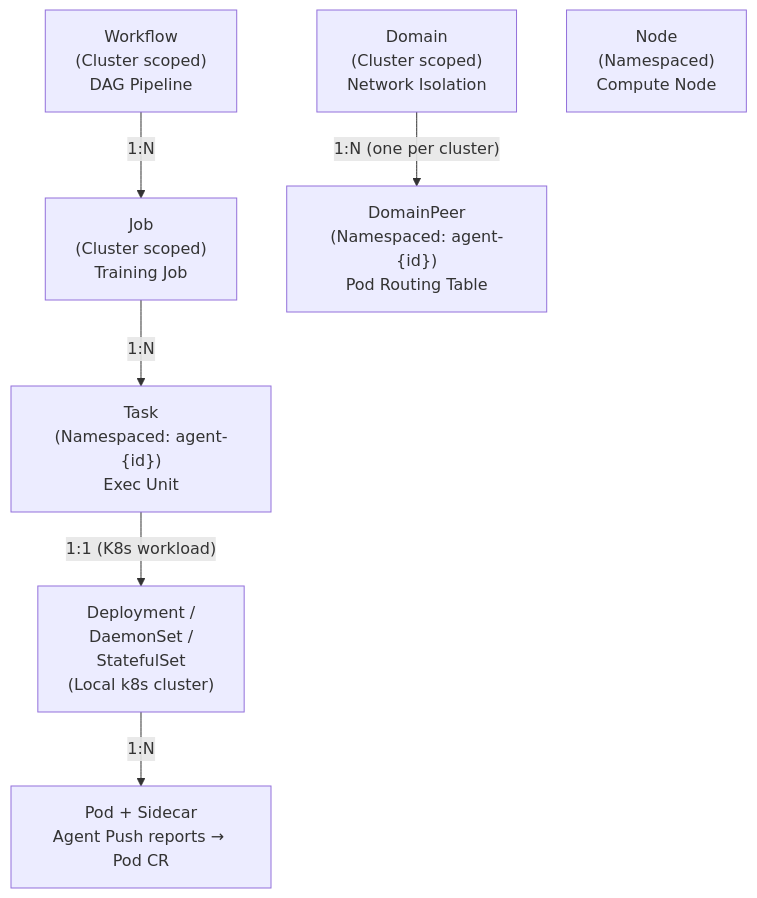
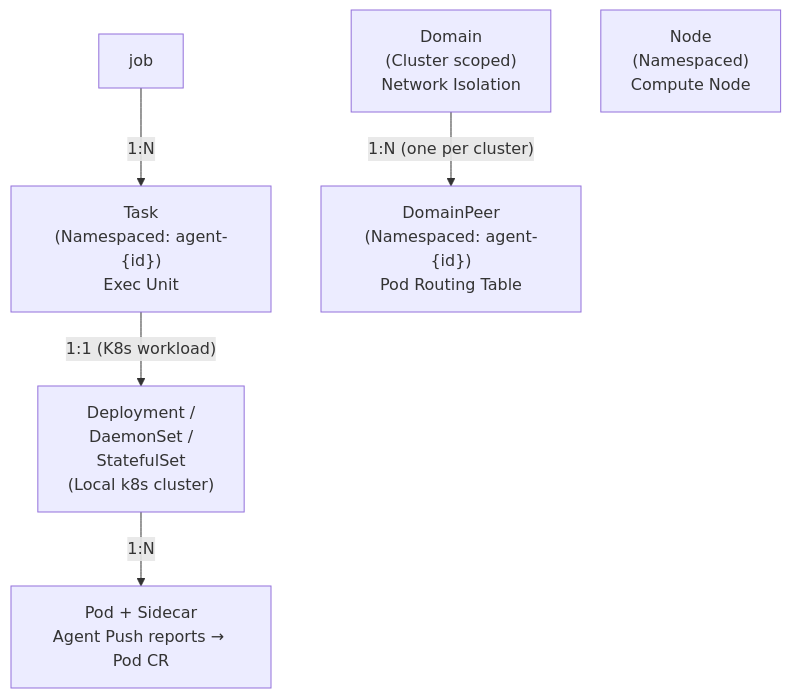
Before and after one commit to RLinf/RLark: the second of 2 diagrams in apps/rlark/docs/concepts.md, drawn with Mermaid. The commit also changed other lines of this file and 410 other files, not shown here.

````diff
--- a/apps/rlark/docs/concepts.md
+++ b/apps/rlark/docs/concepts.md
@@ -411,9 +366,8 @@
 ```mermaid
 graph TD
-    wf["Workflow<br/>(Cluster scoped)<br/>DAG Pipeline"] -->|"1:N"| job["Job<br/>(Cluster scoped)<br/>Training Job"]
     job -->|"1:N"| task["Task<br/>(Namespaced: agent-{id})<br/>Exec Unit"]
     task -->|"1:1 (K8s workload)"| workload["Deployment /<br/>DaemonSet /<br/>StatefulSet<br/>(Local k8s cluster)"]
     workload -->|"1:N"| pod["Pod + Sidecar<br/>Agent Push reports → Pod CR"]
     domain["Domain<br/>(Cluster scoped)<br/>Network Isolation"] -->|"1:N (one per cluster)"| dp["DomainPeer<br/>(Namespaced: agent-{id})<br/>Pod Routing Table"]
     node["Node<br/>(Namespaced)<br/>Compute Node"]
 ```
````
